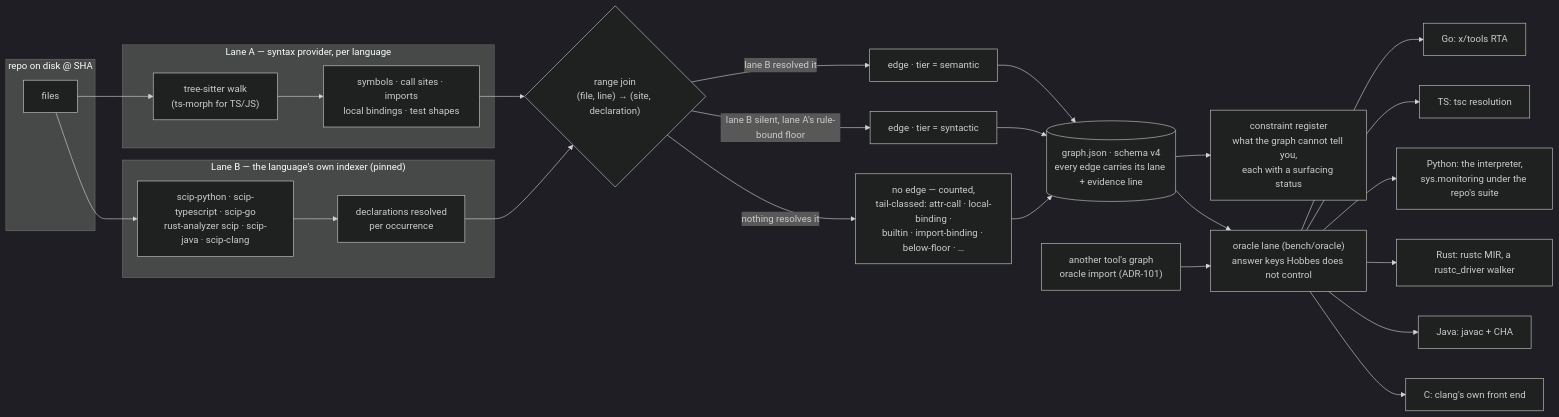
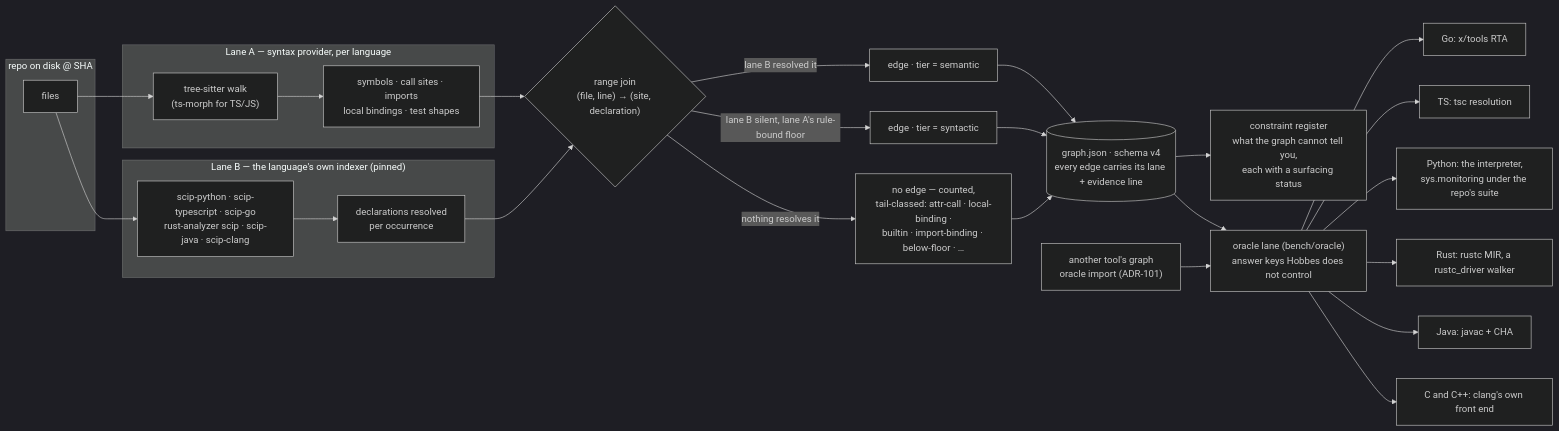
Before and after one commit to majax7714/Hobbes: the first of 2 diagrams in docs/how-hobbes-differs.md, drawn with Mermaid (dark theme). The commit also changed 12 other files, not shown here.

````diff
--- a/docs/how-hobbes-differs.md
+++ b/docs/how-hobbes-differs.md
@@ -33,31 +33,31 @@
 ```mermaid
 flowchart LR
   subgraph repo["repo on disk @ SHA"]
     F[files]
   end
   subgraph A["Lane A — syntax provider, per language"]
     TS["tree-sitter walk<br/>(ts-morph for TS/JS)"] --> S1[symbols · call sites · imports<br/>local bindings · test shapes]
   end
   subgraph B["Lane B — the language's own indexer (pinned)"]
     SCIP[scip-python · scip-typescript · scip-go<br/>rust-analyzer scip · scip-java · scip-clang] --> S2[declarations resolved<br/>per occurrence]
   end
   F --> TS
   F --> SCIP
   S1 --> J{"range join<br/>(file, line) → (site, declaration)"}
   S2 --> J
   J -->|"lane B resolved it"| SEM["edge · tier = semantic"]
   J -->|"lane B silent, lane A's rule-bound floor"| SYN["edge · tier = syntactic"]
   J -->|"nothing resolves it"| TAIL["no edge — counted,<br/>tail-classed: attr-call · local-binding ·<br/>builtin · import-binding · below-floor · …"]
   SEM --> G[(graph.json · schema v4<br/>every edge carries its lane + evidence line)]
   SYN --> G
   TAIL --> G
   G --> REG["constraint register<br/>what the graph cannot tell you,<br/>each with a surfacing status"]
   G --> ORA["oracle lane (bench/oracle)<br/>answer keys Hobbes does not control"]
   ORA --> O1[Go: x/tools RTA]
   ORA --> O2[TS: tsc resolution]
   ORA --> O3[Python: the interpreter,<br/>sys.monitoring under the repo's suite]
   ORA --> O4[Rust: rustc MIR, a rustc_driver walker]
   ORA --> O5[Java: javac + CHA]
-  ORA --> O6[C: clang's own front end]
+  ORA --> O6[C and C++: clang's own front end]
   FOREIGN["another tool's graph<br/>oracle import (ADR-101)"] --> ORA
 ```
````
